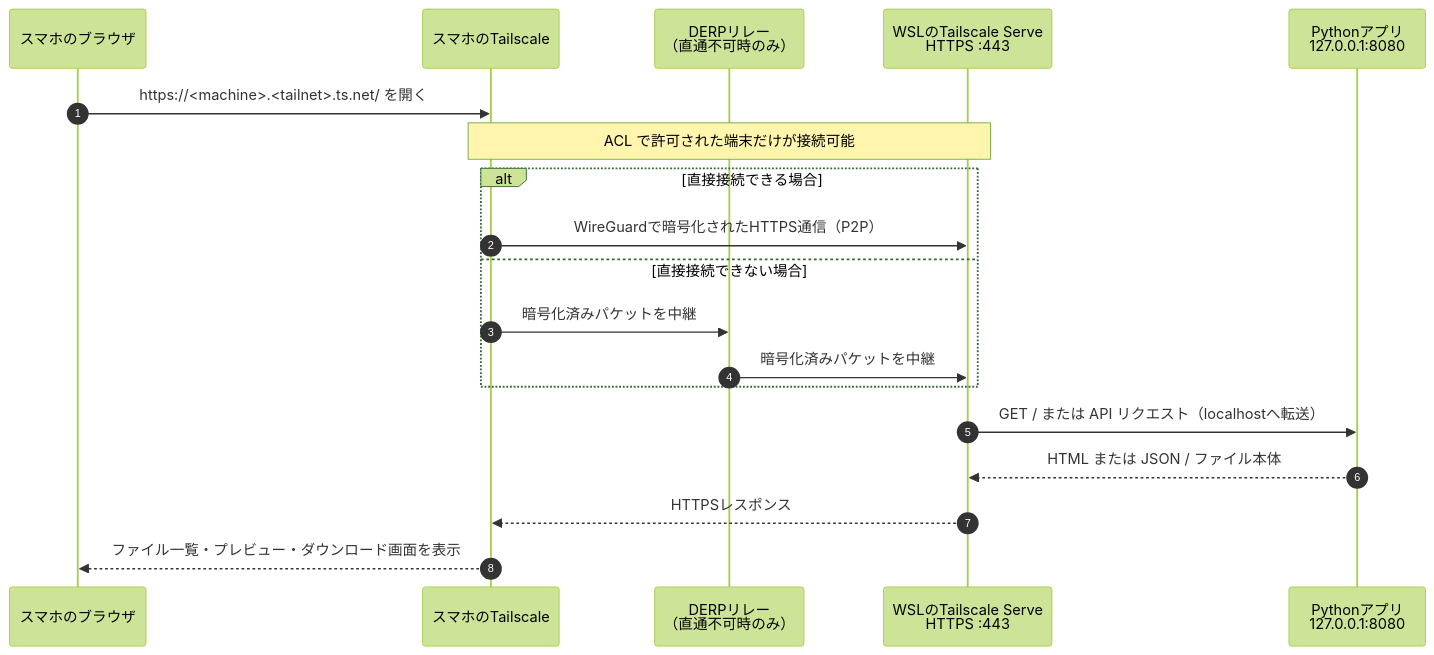
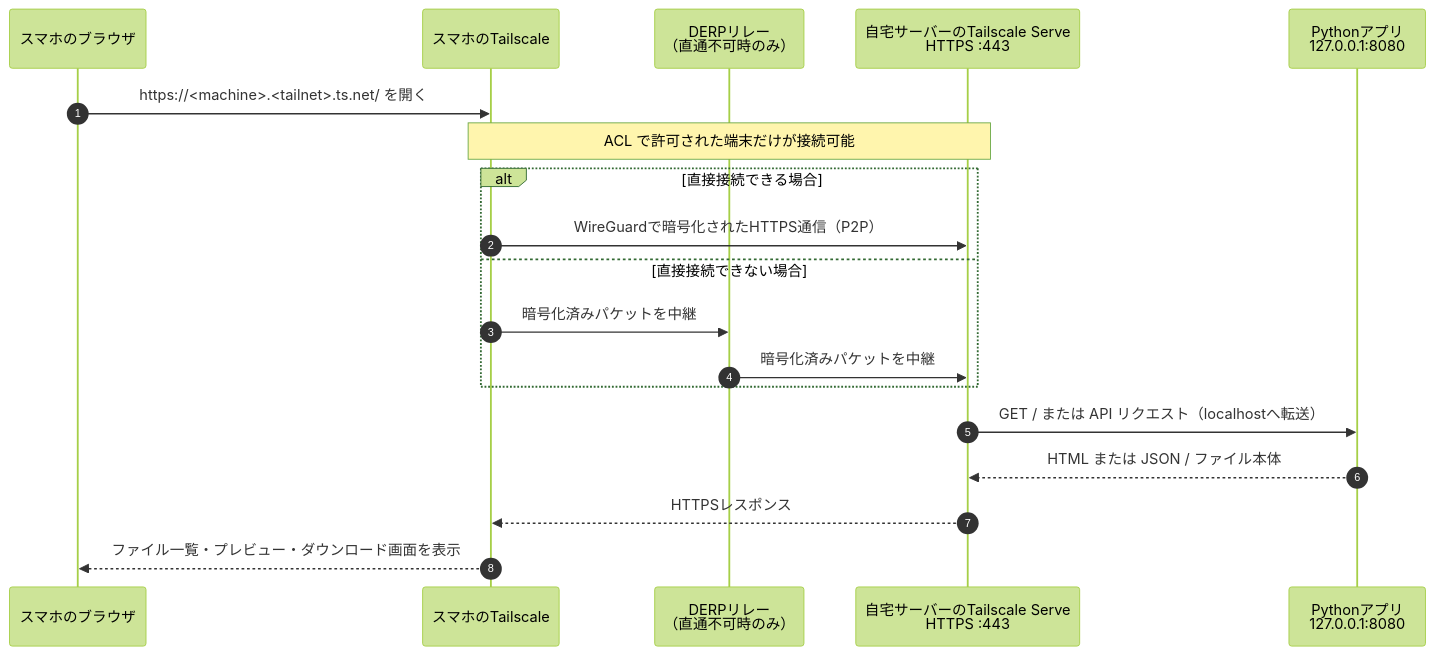
Before and after one commit to O-taxi/tailscale-file-share: the diagram in README.md, drawn with Mermaid (forest theme). The commit also changed other lines of this file, not shown here.

````diff
--- a/README.md
+++ b/README.md
@@ -20,22 +21,22 @@
 ```mermaid
 sequenceDiagram
     autonumber
     participant Phone as スマホのブラウザ
     participant PhoneTS as スマホのTailscale
     participant DERP as DERPリレー<br/>（直通不可時のみ）
-    participant Serve as WSLのTailscale Serve<br/>HTTPS :443
+    participant Serve as 自宅サーバーのTailscale Serve<br/>HTTPS :443
     participant App as Pythonアプリ<br/>127.0.0.1:8080
 
     Phone->>PhoneTS: https://<machine>.<tailnet>.ts.net/ を開く
     Note over PhoneTS,Serve: ACL で許可された端末だけが接続可能
     alt 直接接続できる場合
         PhoneTS->>Serve: WireGuardで暗号化されたHTTPS通信（P2P）
     else 直接接続できない場合
         PhoneTS->>DERP: 暗号化済みパケットを中継
         DERP->>Serve: 暗号化済みパケットを中継
     end
     Serve->>App: GET / または API リクエスト（localhostへ転送）
     App-->>Serve: HTML または JSON / ファイル本体
     Serve-->>PhoneTS: HTTPSレスポンス
     PhoneTS-->>Phone: ファイル一覧・プレビュー・ダウンロード画面を表示
 ```
````
